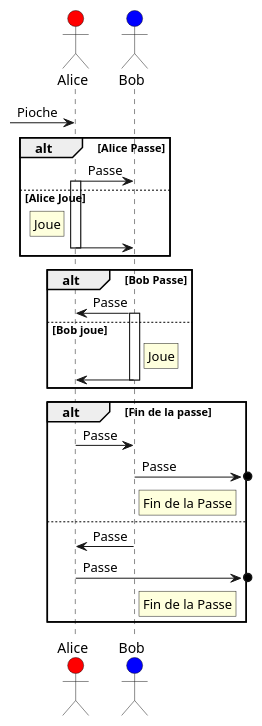
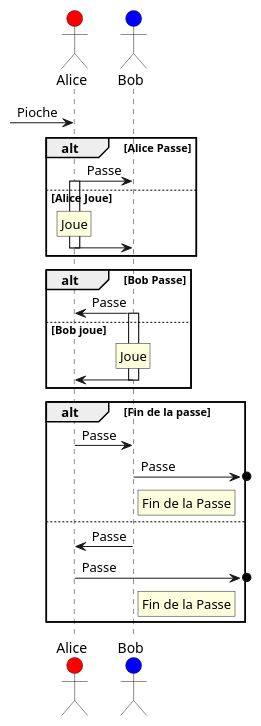
Before and after one commit to de-dale/wiki: the seventh of 7 diagrams in sphérier/référence/phases-de-jeu/combat.md, drawn with PlantUML. The commit also changed other lines of this file, not shown here.

Commit message:
docs: update sphérier/référence/phases-de-jeu/combat

````diff
--- a/sphérier/référence/phases-de-jeu/combat.md
+++ b/sphérier/référence/phases-de-jeu/combat.md
@@ -229,34 +229,34 @@
 ```plantuml
 actor Alice #red
 actor Bob #blue
 [-> Alice : Pioche
 
 
 deactivate Bob
   
 alt Alice Passe  
 	Alice -> Bob : Passe
 else Alice Joue
 	activate Alice
-	rnote left of Alice: Joue
+	rnote over Alice: Joue
 	Alice -> Bob --
 end
 
 alt Bob Passe
 	Bob -> Alice : Passe
 else Bob joue
   activate Bob
-	rnote right of Bob: Joue
+	rnote over Bob: Joue
 	Bob -> Alice --
 end
 
 alt Fin de la passe
 	Alice -> Bob -- : Passe
 	Bob ->o] : Passe
 	rnote right of Bob: Fin de la Passe
 else 
 	Bob -> Alice : Passe
 	Alice ->o] : Passe
 	rnote right of Bob: Fin de la Passe
 end
 ```
````
